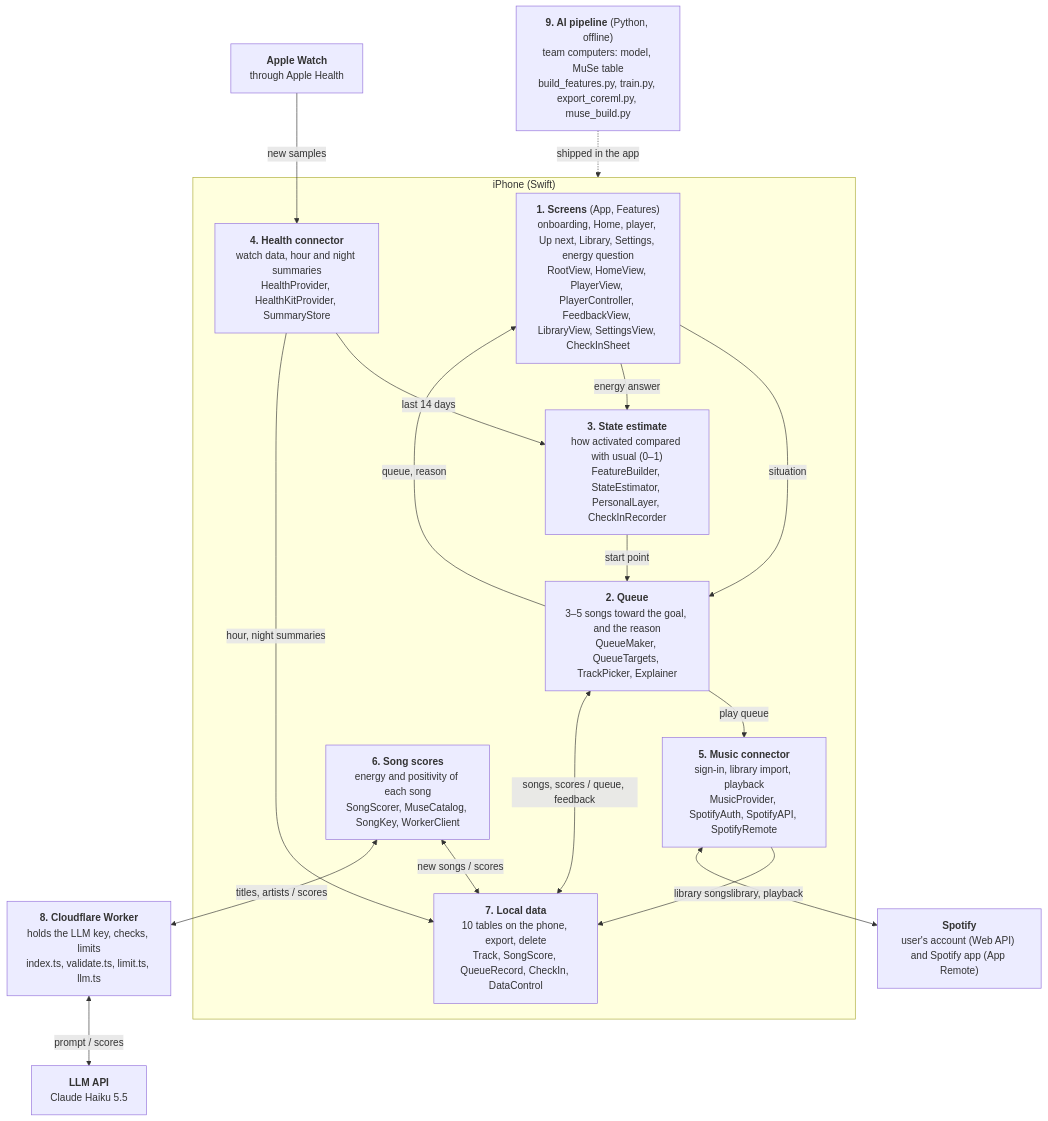
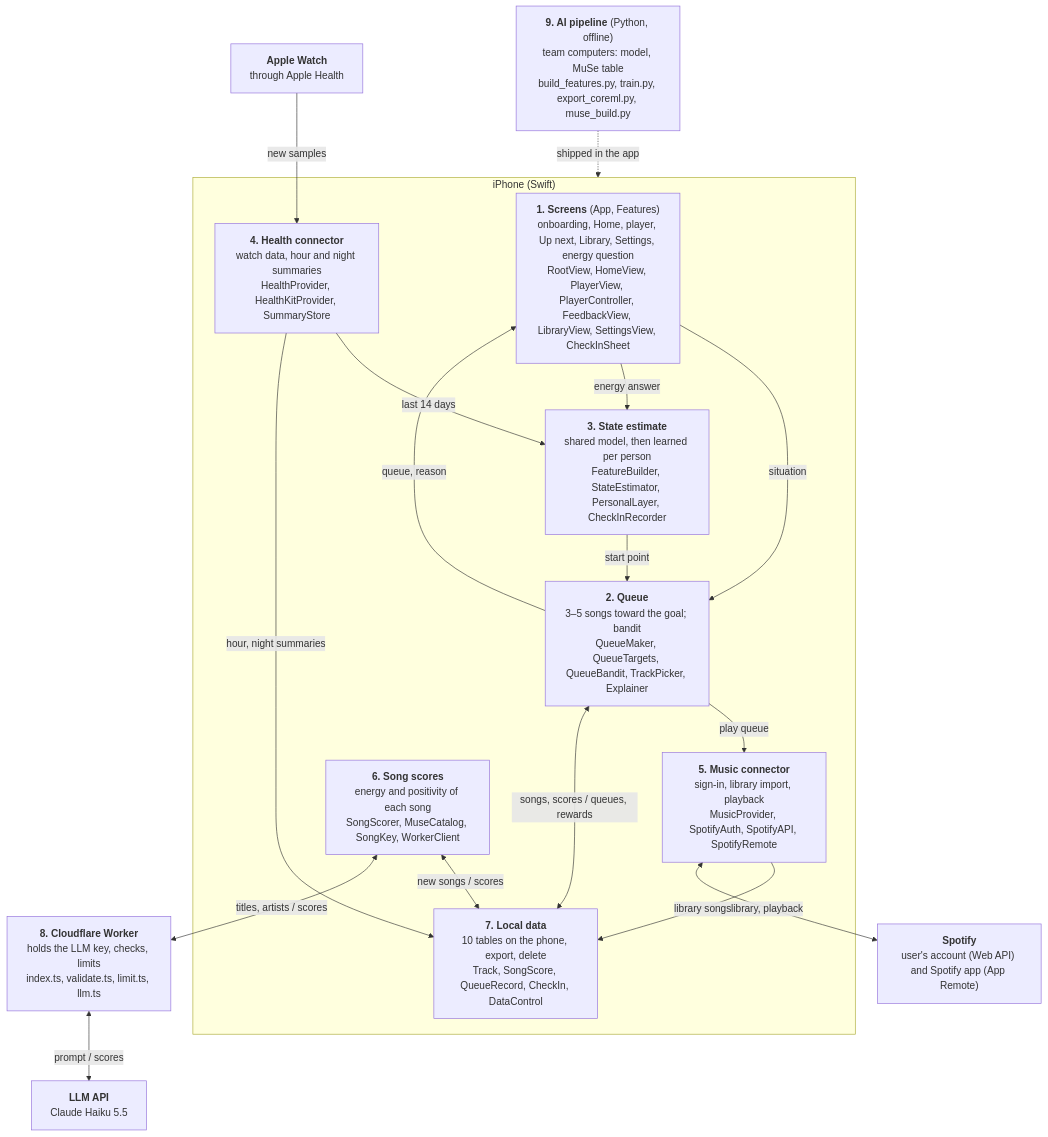
Before and after one commit to SkaosDev/Harmony: the second of 2 diagrams in docs/Submission-C.md, drawn with Mermaid. The commit also changed other lines of this file and 2 other files, not shown here.

Commit message:
Submission C: copy of the new report (tex, pdf) and its Markdown version with the six charts

````diff
--- a/docs/Submission-C.md
+++ b/docs/Submission-C.md
@@ -497,32 +499,32 @@
 ```mermaid
 flowchart TB
   subgraph phone["iPhone (Swift)"]
     UI["<b>1. Screens</b> (App, Features)<br/>onboarding, Home, player, Up next, Library, Settings, energy question<br/>RootView, HomeView, PlayerView, PlayerController, FeedbackView, LibraryView, SettingsView, CheckInSheet"]
-    Q["<b>2. Queue</b><br/>3–5 songs toward the goal, and the reason<br/>QueueMaker, QueueTargets, TrackPicker, Explainer"]
-    ST["<b>3. State estimate</b><br/>how activated compared with usual (0–1)<br/>FeatureBuilder, StateEstimator, PersonalLayer, CheckInRecorder"]
+    Q["<b>2. Queue</b><br/>3–5 songs toward the goal; bandit<br/>QueueMaker, QueueTargets, QueueBandit, TrackPicker, Explainer"]
+    ST["<b>3. State estimate</b><br/>shared model, then learned per person<br/>FeatureBuilder, StateEstimator, PersonalLayer, CheckInRecorder"]
     MU["<b>5. Music connector</b><br/>sign-in, library import, playback<br/>MusicProvider, SpotifyAuth, SpotifyAPI, SpotifyRemote"]
     HE["<b>4. Health connector</b><br/>watch data, hour and night summaries<br/>HealthProvider, HealthKitProvider, SummaryStore"]
     DB["<b>7. Local data</b><br/>10 tables on the phone, export, delete<br/>Track, SongScore, QueueRecord, CheckIn, DataControl"]
     SC["<b>6. Song scores</b><br/>energy and positivity of each song<br/>SongScorer, MuseCatalog, SongKey, WorkerClient"]
   end
   ML["<b>9. AI pipeline</b> (Python, offline)<br/>team computers: model, MuSe table<br/>build_features.py, train.py, export_coreml.py, muse_build.py"]
   SP["<b>Spotify</b><br/>user's account (Web API) and Spotify app (App Remote)"]
   WK["<b>8. Cloudflare Worker</b><br/>holds the LLM key, checks, limits<br/>index.ts, validate.ts, limit.ts, llm.ts"]
   LLM["<b>LLM API</b><br/>Claude Haiku 5.5"]
   AW["<b>Apple Watch</b><br/>through Apple Health"]
   UI -- situation --> Q
   Q -- "queue, reason" --> UI
   UI -- energy answer --> ST
   ST -- start point --> Q
   Q -- play queue --> MU
   HE -- last 14 days --> ST
   HE -- hour, night summaries --> DB
-  DB <-- "songs, scores / queue, feedback" --> Q
+  DB <-- "songs, scores / queues, rewards" --> Q
   MU -- library songs --> DB
   SC <-- "new songs / scores" --> DB
   AW -- new samples --> HE
   MU <-- "library, playback" --> SP
   SC <-- "titles, artists / scores" --> WK
   WK <-- "prompt / scores" --> LLM
   ML -. shipped in the app .-> phone
 ```
````
